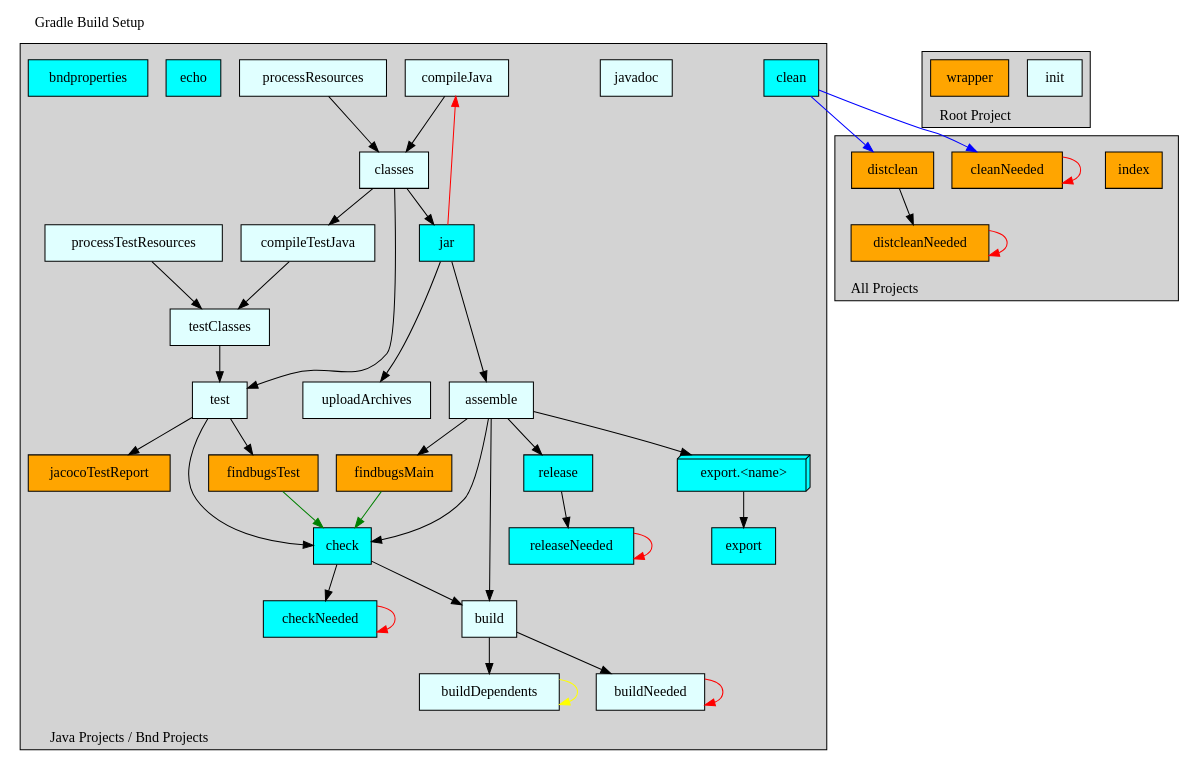
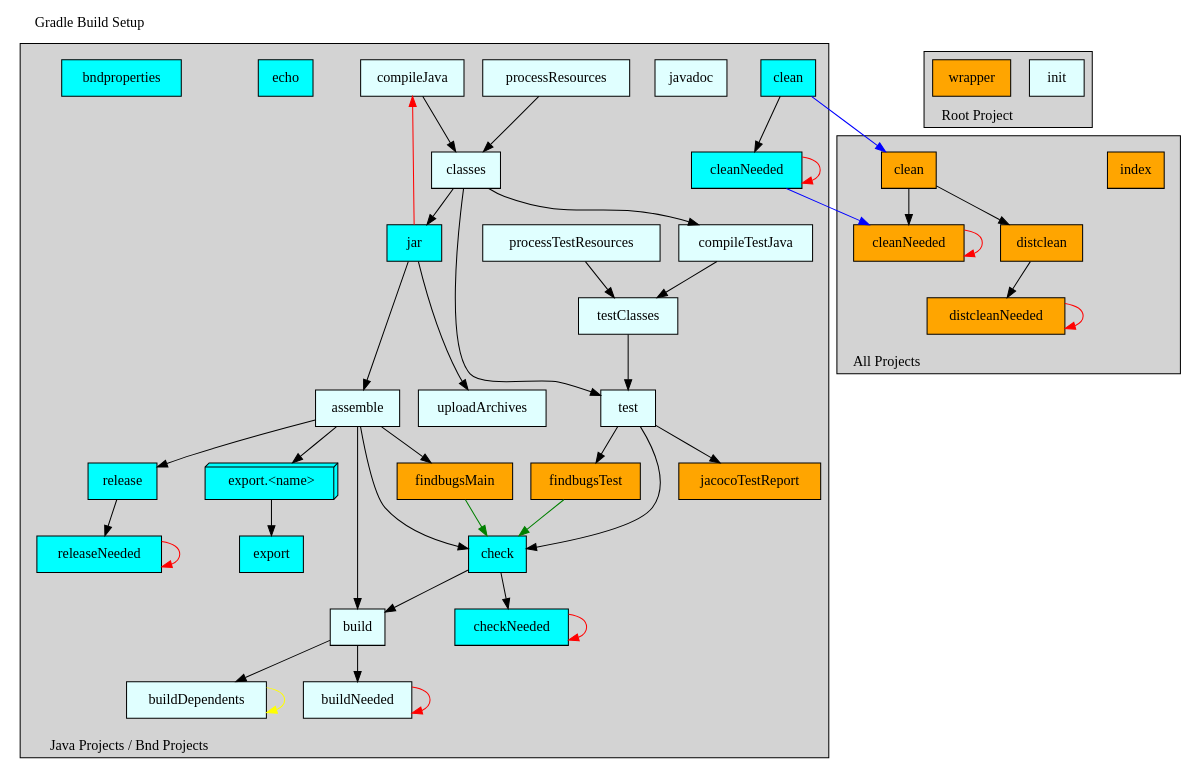
Before and after one commit to paulvi/bndtoolsPlugins: the diagram in cnf/gradle/doc/template.dot, drawn with Graphviz. The commit also changed 5 other files, not shown here.

```diff
--- a/cnf/gradle/doc/template.dot
+++ b/cnf/gradle/doc/template.dot
@@ -1,183 +1,189 @@
 /*
  * WARNING
  *
  * This file is maintained automatically by Bndtools.
  * You should not edit it.
  *
  * See the BUILDING-GRADLE.md document in the root project for more details.
  *
  * To create an SVG diagram from this file, install graphviz and run:
  *   dot -Tsvg "$1.dot" -o "$1.svg"   (on a Linux   machine)
  *   dot -Tsvg "%1.dot" -o "%1.svg"   (on a Windows machine)
  */
 
 
 digraph GradleSetup {
   label="Gradle Build Setup"
   labelloc=t
   labeljust=l
 
   subgraph cluster1 {
     label="Java Projects / Bnd Projects";
     labelloc=b
     labeljust=l
     style=filled;
     fillcolor=lightgrey;
     color=black;
 
     subgraph cluster101 {
       label="";
       style=invis;
       compileJava          [shape=box, style=filled, fillcolor=lightcyan, label="compileJava"         ]
       processResources     [shape=box, style=filled, fillcolor=lightcyan, label="processResources"    ]
       classes              [shape=box, style=filled, fillcolor=lightcyan, label="classes"             ]
     }
 
     subgraph cluster102 {
       label="";
       style=invis;
       jar                  [shape=box, style=filled, fillcolor=cyan     , label="jar"                 ]
     }
 
     subgraph cluster103 {
       label="";
       style=invis;
       compileTestJava      [shape=box, style=filled, fillcolor=lightcyan, label="compileTestJava"     ]
       processTestResources [shape=box, style=filled, fillcolor=lightcyan, label="processTestResources"]
       testClasses          [shape=box, style=filled, fillcolor=lightcyan, label="testClasses"         ]
     }
 
     subgraph cluster104 {
       label="";
       style=invis;
       test                 [shape=box, style=filled, fillcolor=lightcyan, label="test"                ]
     }
 
     subgraph cluster105 {
       label="";
       style=invis;
       uploadArchives       [shape=box, style=filled, fillcolor=lightcyan, label="uploadArchives"      ]
       assemble             [shape=box, style=filled, fillcolor=lightcyan, label="assemble"            ]
     }
 
     subgraph cluster106 {
       label="";
       style=invis;
       check                [shape=box, style=filled, fillcolor=cyan     , label="check"               ]
       checkNeeded          [shape=box, style=filled, fillcolor=cyan     , label="checkNeeded"         ]
     }
 
     subgraph cluster107 {
       label="";
       style=invis;
       release              [shape=box, style=filled, fillcolor=cyan     , label="release"             ]
       releaseNeeded        [shape=box, style=filled, fillcolor=cyan     , label="releaseNeeded"       ]
     }
 
     subgraph cluster108 {
       label="";
       style=invis;
       exportX              [shape=box3d, style=filled, fillcolor=cyan   , label="export.<name>"       ]
       export               [shape=box  , style=filled, fillcolor=cyan   , label="export"              ]
     }
 
     subgraph cluster109 {
       label="";
       style=invis;
       build                [shape=box, style=filled, fillcolor=lightcyan, label="build"               ]
       buildDependents      [shape=box, style=filled, fillcolor=lightcyan, label="buildDependents"     ]
       buildNeeded          [shape=box, style=filled, fillcolor=lightcyan, label="buildNeeded"         ]
     }
 
     subgraph cluster110 {
       label="";
       style=invis;
       findbugsMain         [shape=box, style=filled, fillcolor=orange   , label="findbugsMain"        ]
       findbugsTest         [shape=box, style=filled, fillcolor=orange   , label="findbugsTest"        ]
     }
 
     javadoc                [shape=box, style=filled, fillcolor=lightcyan, label="javadoc"             ]
 
     clean                  [shape=box, style=filled, fillcolor=cyan     , label="clean"               ]
+    cleanNeeded            [shape=box, style=filled, fillcolor=cyan     , label="cleanNeeded"         ]
     echo                   [shape=box, style=filled, fillcolor=cyan     , label="echo"                ]
     bndproperties          [shape=box, style=filled, fillcolor=cyan     , label="bndproperties"       ]
     jacocoTestReport       [shape=box, style=filled, fillcolor=orange   , label="jacocoTestReport"    ]
 
     compileJava            -> classes
     processResources       -> classes
     classes                -> compileTestJava
     classes                -> jar
     classes                -> test
     compileTestJava        -> testClasses
     processTestResources   -> testClasses
     jar                    -> uploadArchives
     jar                    -> assemble
     testClasses            -> test
     assemble               -> build
     assemble               -> check
     test                   -> check
     check                  -> checkNeeded
     checkNeeded            -> checkNeeded        [color=red   ]
     check                  -> build
     build                  -> buildDependents
     buildDependents        -> buildDependents    [color=yellow]
     build                  -> buildNeeded
     buildNeeded            -> buildNeeded        [color=red   ]
 
     jar                    -> compileJava        [color=red   ]
     assemble               -> release
     assemble               -> exportX
     exportX                -> export
     release                -> releaseNeeded
     releaseNeeded          -> releaseNeeded      [color=red   ]
+    clean                  -> cleanNeeded
+    cleanNeeded            -> cleanNeeded        [color=red   ]
 
     assemble               -> findbugsMain
     test                   -> findbugsTest
     findbugsMain           -> check              [color=green ]
     findbugsTest           -> check              [color=green ]
     test                   -> jacocoTestReport
   }
 
 
   subgraph cluster2 {
+    label="All Projects";
+    labelloc=b
+    labeljust=l
+    style=filled;
+    fillcolor=lightgrey;
+    color=black;
+
+    subgraph cluster201 {
+      label="";
+      style=invis;
+      index                [shape=box, style=filled, fillcolor=orange   , label="index"               ]
+    }
+
+    subgraph cluster202 {
+      label="";
+      style=invis;
+      cleanAll             [shape=box, style=filled, fillcolor=orange   , label="clean"               ]
+      cleanAllNeeded       [shape=box, style=filled, fillcolor=orange   , label="cleanNeeded"         ]
+      distclean            [shape=box, style=filled, fillcolor=orange   , label="distclean"           ]
+      distcleanNeeded      [shape=box, style=filled, fillcolor=orange   , label="distcleanNeeded"     ]
+    }
+
+    clean                  -> cleanAll           [color=blue  ]
+    cleanNeeded            -> cleanAllNeeded     [color=blue  ]
+    cleanAll               -> cleanAllNeeded
+    cleanAllNeeded         -> cleanAllNeeded     [color=red   ]
+    cleanAll               -> distclean
+    distclean              -> distcleanNeeded
+    distcleanNeeded        -> distcleanNeeded    [color=red   ]
+  }
+
+
+  subgraph cluster3 {
     label="Root Project";
     labelloc=b
     labeljust=l
     style=filled;
     fillcolor=lightgrey;
     color=black;
 
     init                   [shape=box, style=filled, fillcolor=lightcyan, label="init"                ]
     wrapper                [shape=box, style=filled, fillcolor=orange   , label="wrapper"             ]
   }
-
-
-  subgraph cluster3 {
-    label="All Projects";
-    labelloc=b
-    labeljust=l
-    style=filled;
-    fillcolor=lightgrey;
-    color=black;
-
-    subgraph cluster301 {
-      label="";
-      style=invis;
-      index                [shape=box, style=filled, fillcolor=orange   , label="index"               ]
-    }
-
-    subgraph cluster302 {
-      label="";
-      style=invis;
-      cleanNeeded          [shape=box, style=filled, fillcolor=orange   , label="cleanNeeded"         ]
-      distclean            [shape=box, style=filled, fillcolor=orange   , label="distclean"           ]
-      distcleanNeeded      [shape=box, style=filled, fillcolor=orange   , label="distcleanNeeded"     ]
-    }
-
-    clean                  -> cleanNeeded        [color=blue  ]
-    cleanNeeded            -> cleanNeeded        [color=red   ]
-    clean                  -> distclean          [color=blue  ]
-    distclean              -> distcleanNeeded
-    distcleanNeeded        -> distcleanNeeded    [color=red   ]
-  }
 }
```
